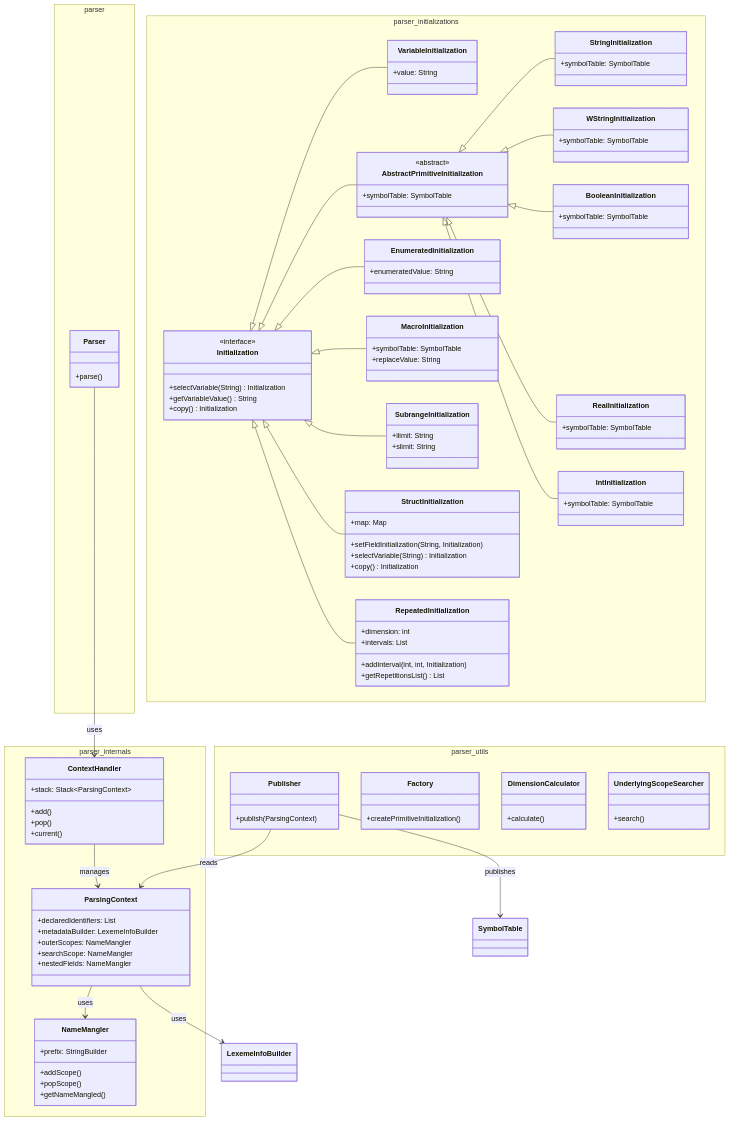
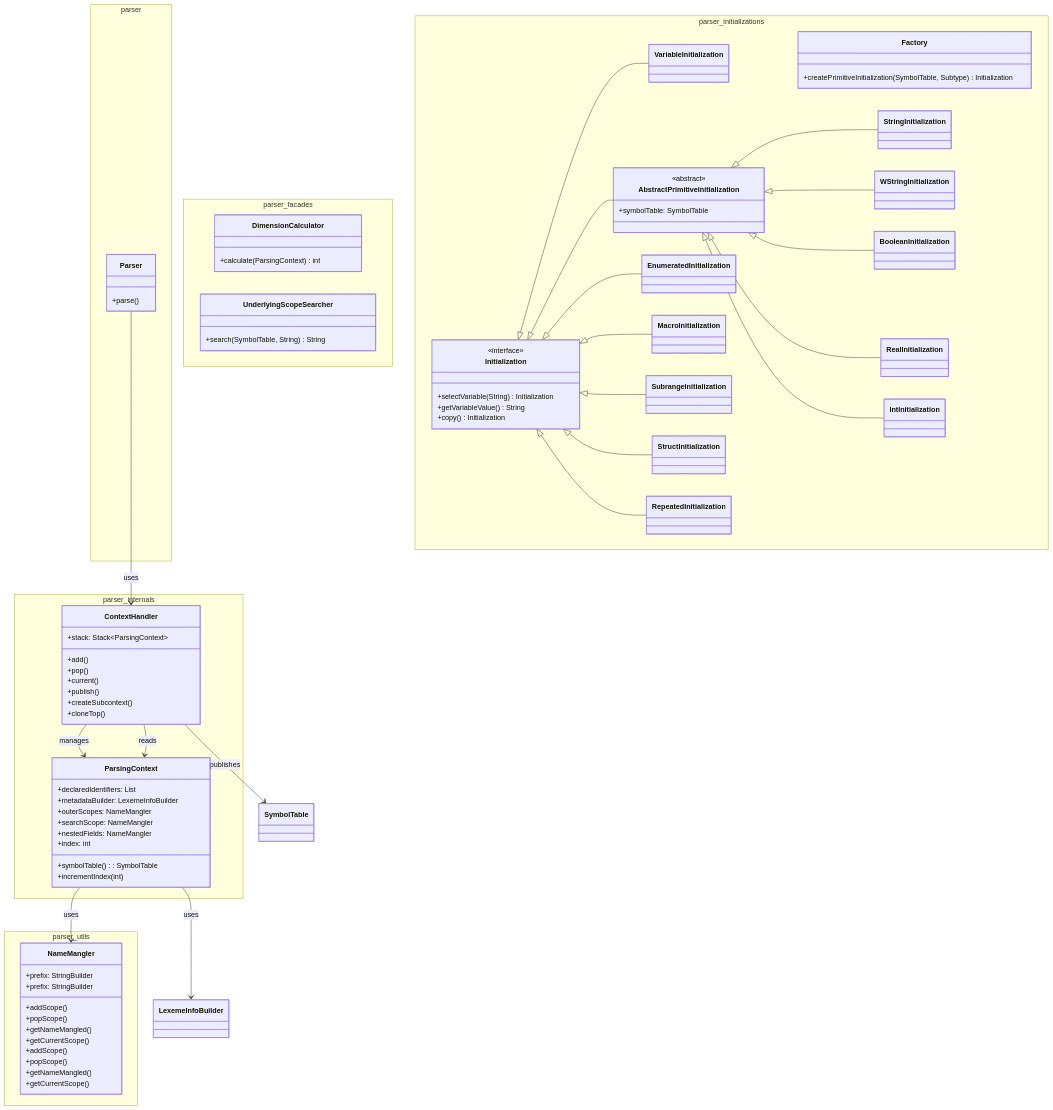
One commit to PascalUser/FLC-IEC61131-7 changed the diagram in doc/diagrams/parser_class_diagram.mmd. Above: the diagram before and after it, drawn with Mermaid. The commit also changed 24 other files, not shown here.

```diff
--- a/doc/diagrams/parser_class_diagram.mmd
+++ b/doc/diagrams/parser_class_diagram.mmd
@@ -1,112 +1,95 @@
 classDiagram
     namespace parser {
         class Parser {
             +parse()
         }
     }
     namespace parser_internals {
         class ContextHandler {
             +stack: Stack~ParsingContext~
             +add()
             +pop()
             +current()
+            +publish()
+            +createSubcontext()
+            +cloneTop()
         }
         class ParsingContext {
             +declaredIdentifiers: List
             +metadataBuilder: LexemeInfoBuilder
             +outerScopes: NameMangler
             +searchScope: NameMangler
             +nestedFields: NameMangler
+            +index: int
+            +symbolTable(): SymbolTable
+            +incrementIndex(int)
         }
         class NameMangler {
             +prefix: StringBuilder
             +addScope()
             +popScope()
             +getNameMangled()
+            +getCurrentScope()
         }
     }
     namespace parser_utils {
-        class Publisher {
-            +publish(ParsingContext)
+        class NameMangler {
+            +prefix: StringBuilder
+            +addScope()
+            +popScope()
+            +getNameMangled()
+            +getCurrentScope()
         }
-        class Factory {
-            +createPrimitiveInitialization()
-        }
+    }
+    namespace parser_facades {
         class DimensionCalculator {
-            +calculate()
+            +calculate(ParsingContext) int
         }
         class UnderlyingScopeSearcher {
-            +search()
+            +search(SymbolTable, String) String
         }
     }
     namespace parser_initializations {
+        class Factory {
+            +createPrimitiveInitialization(SymbolTable, Subtype) Initialization
+        }
         class Initialization {
             <<interface>>
             +selectVariable(String) Initialization
             +getVariableValue() String
             +copy() Initialization
         }
-        class VariableInitialization {
-            +value: String
-        }
+        class VariableInitialization
+        class EnumeratedInitialization
+        class MacroInitialization
+        class SubrangeInitialization
+        class StructInitialization
+        class RepeatedInitialization
         class AbstractPrimitiveInitialization {
             <<abstract>>
             +symbolTable: SymbolTable
         }
-        class StringInitialization {
-            +symbolTable: SymbolTable
-        }
-        class WStringInitialization {
-            +symbolTable: SymbolTable
-        }
-        class BooleanInitialization {
-            +symbolTable: SymbolTable
-        }
-        class RealInitialization {
-            +symbolTable: SymbolTable
-        }
-        class IntInitialization {
-            +symbolTable: SymbolTable
-        }
-        class EnumeratedInitialization {
-            +enumeratedValue: String
-        }
-        class MacroInitialization {
-            +symbolTable: SymbolTable
-            +replaceValue: String
-        }
-        class SubrangeInitialization {
-            +ilimit: String
-            +slimit: String
-        }
-        class StructInitialization {
-            +map: Map
-            +setFieldInitialization(String, Initialization)
-            +selectVariable(String) Initialization
-            +copy() Initialization
-        }
-        class RepeatedInitialization {
-            +dimension: int
-            +intervals: List
-            +addInterval(int, int, Initialization)
-            +getRepetitionsList() List
-        }
+        class StringInitialization
+        class WStringInitialization
+        class BooleanInitialization
+        class RealInitialization
+        class IntInitialization
     }
     Initialization <|-- VariableInitialization
     Initialization <|-- AbstractPrimitiveInitialization
     AbstractPrimitiveInitialization <|-- StringInitialization
     AbstractPrimitiveInitialization <|-- WStringInitialization
     AbstractPrimitiveInitialization <|-- BooleanInitialization
     AbstractPrimitiveInitialization <|-- RealInitialization
     AbstractPrimitiveInitialization <|-- IntInitialization
     Initialization <|-- EnumeratedInitialization
     Initialization <|-- MacroInitialization
     Initialization <|-- SubrangeInitialization
     Initialization <|-- StructInitialization
     Initialization <|-- RepeatedInitialization
     Parser --> ContextHandler : uses
     ContextHandler --> ParsingContext : manages
     ParsingContext --> NameMangler : uses
     ParsingContext --> LexemeInfoBuilder : uses
-    Publisher --> SymbolTable : publishes
-    Publisher --> ParsingContext : reads
+    ContextHandler --> SymbolTable : publishes
+    ContextHandler --> ParsingContext : reads
```
